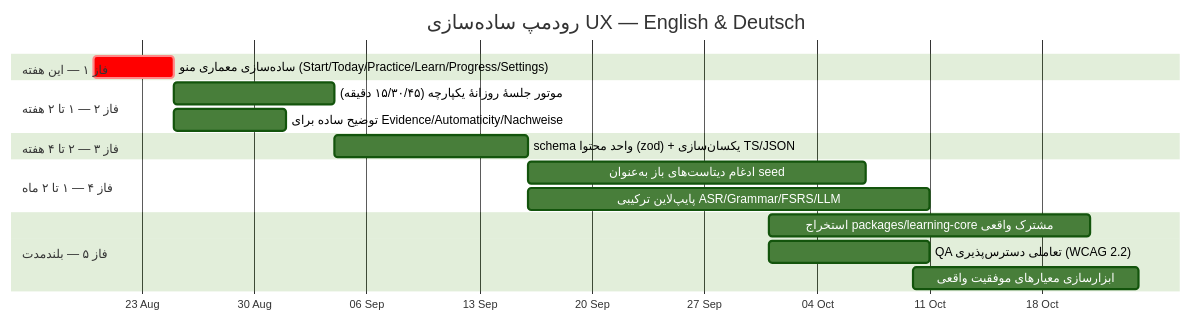
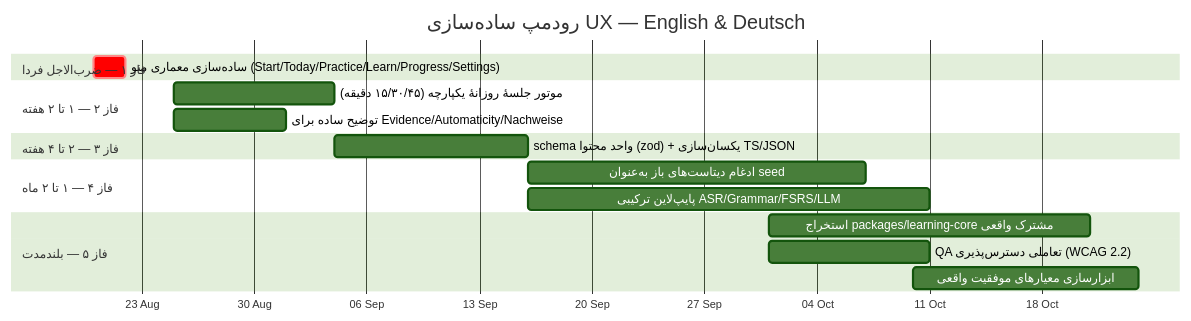
Before and after one commit to Hajimohammadi-KI/APPS_root: the diagram in docs/roadmaps/UX-SIMPLIFICATION-ROADMAP-2026-08-20.md, drawn with Mermaid (forest theme). The commit also changed other lines of this file and 2 other files, not shown here.

````diff
--- a/docs/roadmaps/UX-SIMPLIFICATION-ROADMAP-2026-08-20.md
+++ b/docs/roadmaps/UX-SIMPLIFICATION-ROADMAP-2026-08-20.md
@@ -29,25 +29,25 @@
 ```mermaid
 gantt
     title رودمپ ساده‌سازی UX — English & Deutsch
     dateFormat YYYY-MM-DD
     axisFormat %d %b
 
-    section فاز ۱ — این هفته
-    ساده‌سازی معماری منو (Start/Today/Practice/Learn/Progress/Settings) :crit, p1, 2026-08-20, 5d
+    section فاز ۱ — ضرب‌الاجل فردا
+    ساده‌سازی معماری منو (Start/Today/Practice/Learn/Progress/Settings) :crit, p1, 2026-08-20, 2d
 
     section فاز ۲ — ۱ تا ۲ هفته
     موتور جلسهٔ روزانهٔ یکپارچه (۱۵/۳۰/۴۵ دقیقه)        :p2, 2026-08-25, 10d
     توضیح ساده برای Evidence/Automaticity/Nachweise      :p3, 2026-08-25, 7d
 
     section فاز ۳ — ۲ تا ۴ هفته
     schema واحد محتوا (zod) + یکسان‌سازی TS/JSON         :p4, 2026-09-04, 12d
 
     section فاز ۴ — ۱ تا ۲ ماه
     ادغام دیتاست‌های باز به‌عنوان seed                    :p5, 2026-09-16, 21d
     پایپ‌لاین ترکیبی ASR/Grammar/FSRS/LLM                 :p6, 2026-09-16, 25d
 
     section فاز ۵ — بلندمدت
     استخراج packages/learning-core مشترک واقعی           :p7, 2026-10-01, 20d
     QA تعاملی دسترس‌پذیری (WCAG 2.2)                      :p8, 2026-10-01, 10d
     ابزارسازی معیارهای موفقیت واقعی                       :p9, 2026-10-10, 14d
 ```
````
